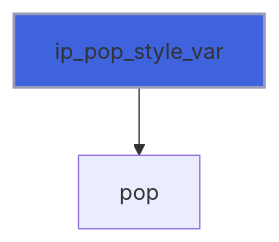
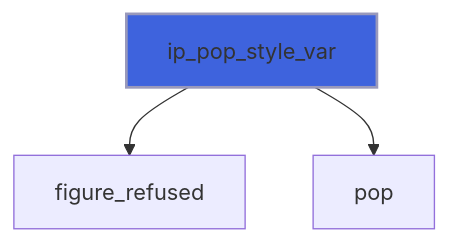
Before and after one commit to szaghi/figure: diagram 20 of 44 in docs/api/src/lib/figure_style.md, drawn with Mermaid. The commit also changed other lines of this file and 10 other files, not shown here.

````diff
--- a/docs/api/src/lib/figure_style.md
+++ b/docs/api/src/lib/figure_style.md
@@ -622,5 +668,6 @@
 ```mermaid
 flowchart TD
+  ip_pop_style_var["ip_pop_style_var"] --> figure_refused["figure_refused"]
   ip_pop_style_var["ip_pop_style_var"] --> pop["pop"]
   style ip_pop_style_var fill:#3e63dd,stroke:#99b,stroke-width:2px
 ```
````
